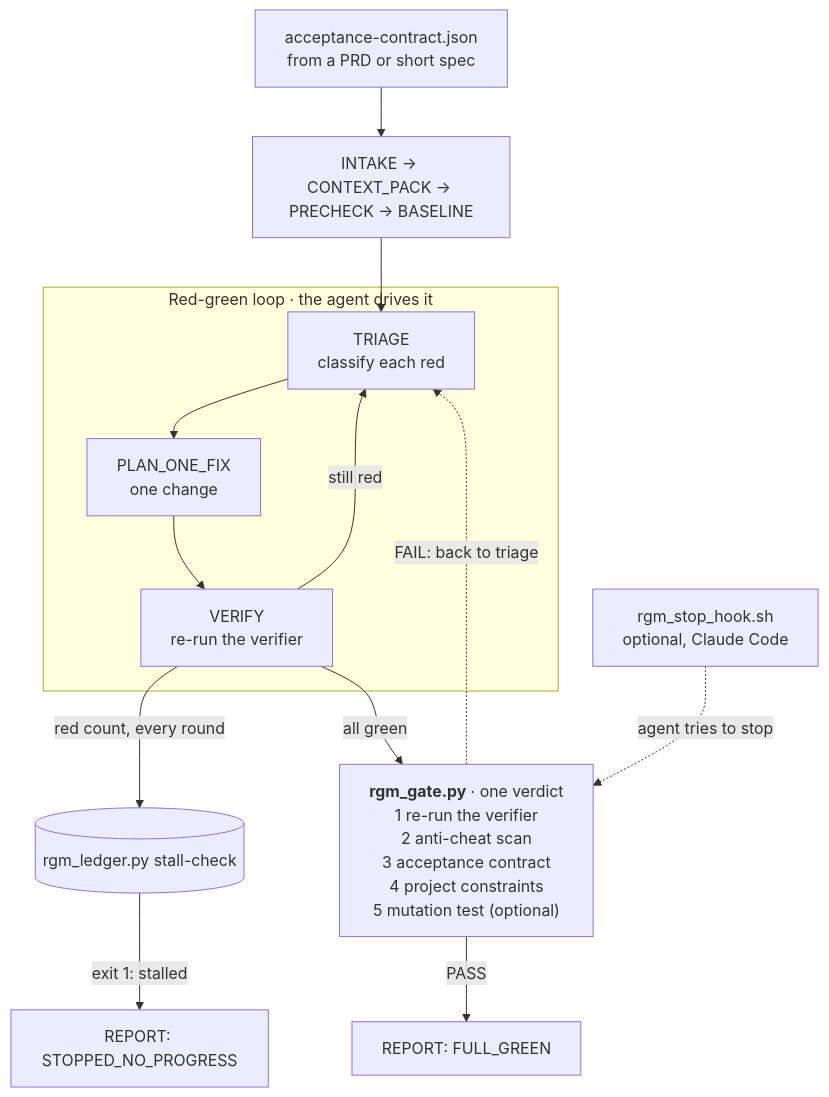
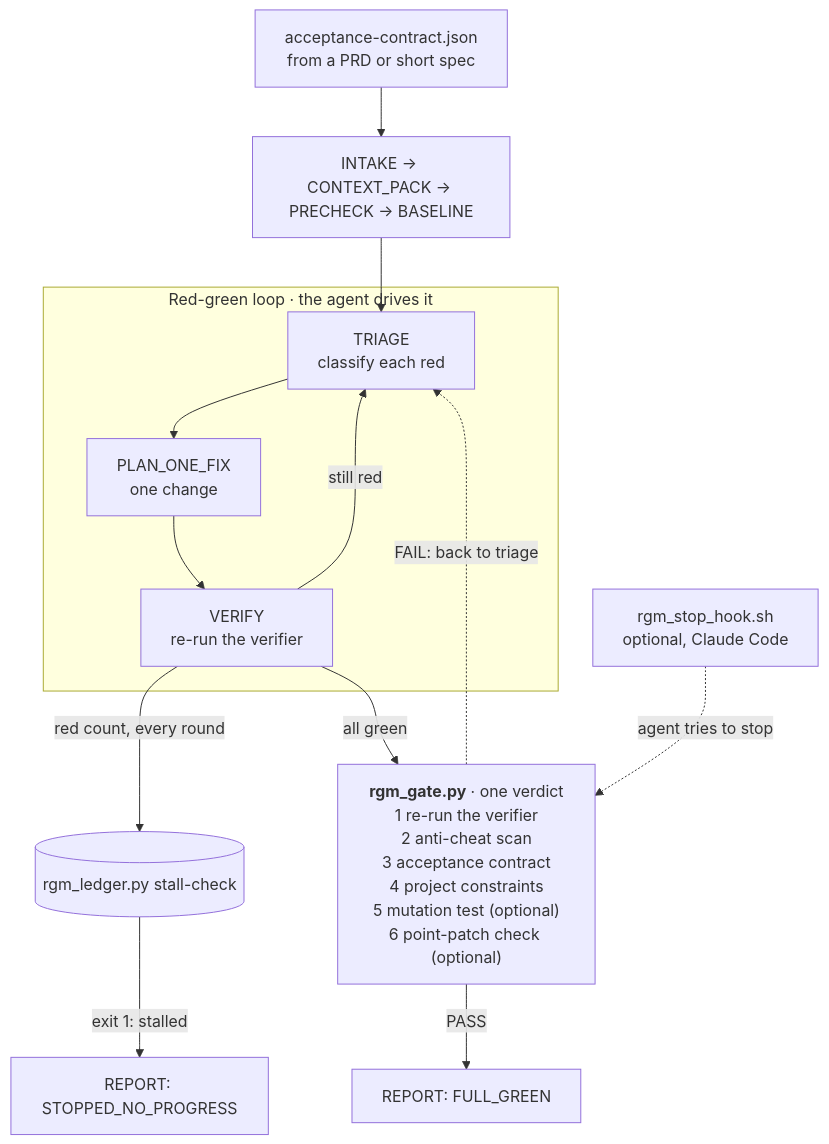
Before and after one commit to hidevinliu/red-green-mode: the diagram in README.md, drawn with Mermaid. The commit also changed other lines of this file and 395 other files, not shown here.

First line of the commit message:
feat: point-patch detector for fixes that only satisfy the tested inputs (v0.22.0)

````diff
--- a/README.md
+++ b/README.md
@@ -9,19 +9,19 @@
 ```mermaid
 flowchart TD
     SPEC["acceptance-contract.json<br/>from a PRD or short spec"] --> START["INTAKE → CONTEXT_PACK → PRECHECK → BASELINE"]
     START --> T
 
     subgraph LOOP["Red-green loop · the agent drives it"]
         T["TRIAGE<br/>classify each red"] --> F["PLAN_ONE_FIX<br/>one change"]
         F --> V["VERIFY<br/>re-run the verifier"]
         V -- "still red" --> T
     end
 
     V -- "red count, every round" --> L[("rgm_ledger.py stall-check")]
     L -- "exit 1: stalled" --> STOP["REPORT: STOPPED_NO_PROGRESS"]
 
-    V -- "all green" --> G["<b>rgm_gate.py</b> · one verdict<br/>1 re-run the verifier<br/>2 anti-cheat scan<br/>3 acceptance contract<br/>4 project constraints<br/>5 mutation test (optional)"]
+    V -- "all green" --> G["<b>rgm_gate.py</b> · one verdict<br/>1 re-run the verifier<br/>2 anti-cheat scan<br/>3 acceptance contract<br/>4 project constraints<br/>5 mutation test (optional)<br/>6 point-patch check (optional)"]
     HOOK["rgm_stop_hook.sh<br/>optional, Claude Code"] -. "agent tries to stop" .-> G
     G -- "PASS" --> DONE["REPORT: FULL_GREEN"]
     G -. "FAIL: back to triage" .-> T
 ```
````
